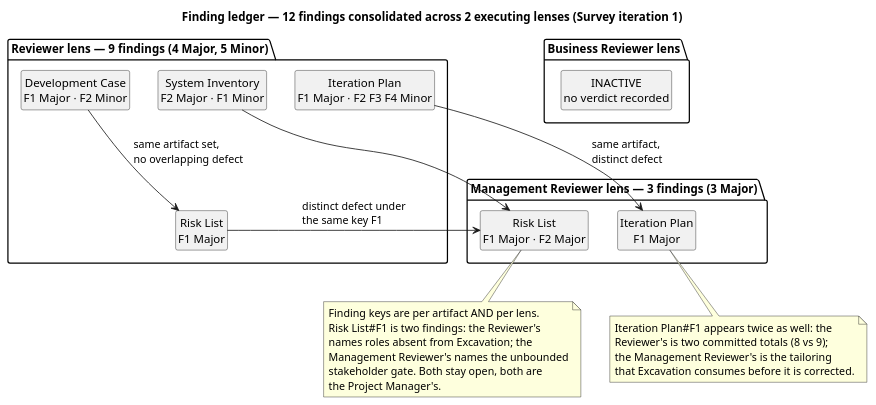
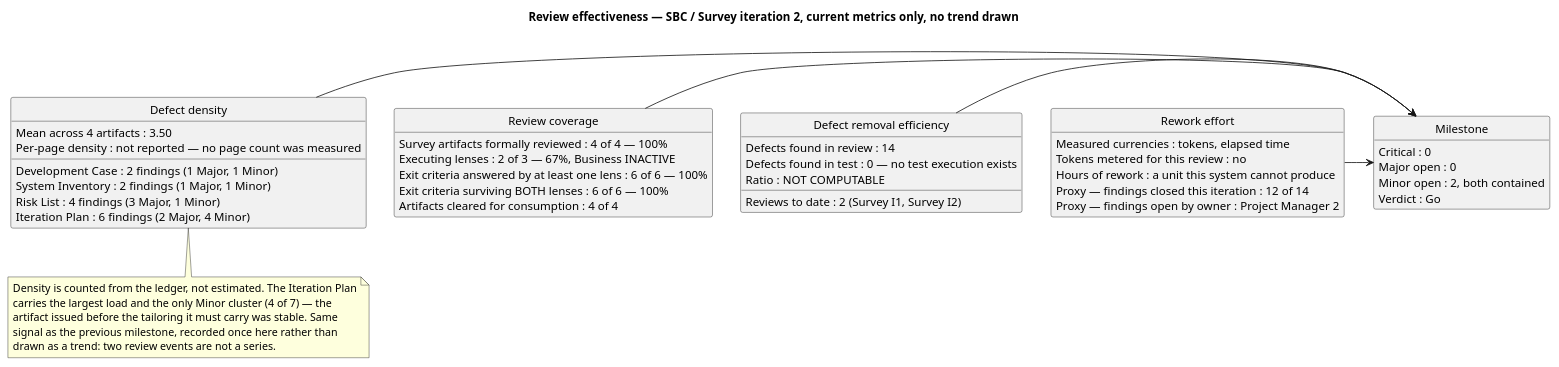
Before and after one commit to banense-test/TodoApp: the seventh of 14 diagrams in docs/artifacts/project-management/review-record.md, drawn with PlantUML. The commit also changed other lines of this file, not shown here.

First line of the commit message:
Review Coordinator [Survey2]: upsert Review Record

````diff
--- a/docs/artifacts/project-management/review-record.md
+++ b/docs/artifacts/project-management/review-record.md
@@ -513,44 +541,58 @@
 ```plantuml
 @startuml
-title Finding ledger — 12 findings consolidated across 2 executing lenses (Survey iteration 1)
+title Review effectiveness — SBC / Survey iteration 2, current metrics only, no trend drawn
 skinparam shadowing false
 skinparam defaultTextAlignment left
 skinparam classAttributeIconSize 0
 hide empty members
 hide circle
 
-package "Reviewer lens — 9 findings (4 Major, 5 Minor)" {
-  class "Development Case\nF1 Major · F2 Minor" as DC
-  class "System Inventory\nF2 Major · F1 Minor" as SI
-  class "Risk List\nF1 Major" as RL
-  class "Iteration Plan\nF1 Major · F2 F3 F4 Minor" as IP
+class "Defect density" as DD {
+  Development Case : 2 findings (1 Major, 1 Minor)
+  System Inventory : 2 findings (1 Major, 1 Minor)
+  Risk List : 4 findings (3 Major, 1 Minor)
+  Iteration Plan : 6 findings (2 Major, 4 Minor)
+  Mean across 4 artifacts : 3.50
+  Per-page density : not reported — no page count was measured
 }
-package "Management Reviewer lens — 3 findings (3 Major)" {
-  class "Risk List\nF1 Major · F2 Major" as MRL
-  class "Iteration Plan\nF1 Major" as MIP
+class "Review coverage" as RC {
+  Survey artifacts formally reviewed : 4 of 4 — 100%
+  Executing lenses : 2 of 3 — 67%, Business INACTIVE
+  Exit criteria answered by at least one lens : 6 of 6 — 100%
+  Exit criteria surviving BOTH lenses : 6 of 6 — 100%
+  Artifacts cleared for consumption : 4 of 4
 }
-package "Business Reviewer lens" {
-  class "INACTIVE\nno verdict recorded" as BR
+class "Defect removal efficiency" as DRE {
+  Reviews to date : 2 (Survey I1, Survey I2)
+  Defects found in review : 14
+  Defects found in test : 0 — no test execution exists
+  Ratio : NOT COMPUTABLE
+}
+class "Rework effort" as RE {
+  Measured currencies : tokens, elapsed time
+  Tokens metered for this review : no
+  Hours of rework : a unit this system cannot produce
+  Proxy — findings closed this iteration : 12 of 14
+  Proxy — findings open by owner : Project Manager 2
+}
+class "Milestone" as M {
+  Critical : 0
+  Major open : 0
+  Minor open : 2, both contained
+  Verdict : Go
 }
 
-DC --> RL : same artifact set,\nno overlapping defect
-SI -right-> MRL
-RL -right-> MRL : distinct defect under\nthe same key F1
-IP --> MIP : same artifact,\ndistinct defect
+DD -right-> M
+RC -right-> M
+DRE -right-> M
+RE -right-> M
 
-note bottom of MRL
-  Finding keys are per artifact AND per lens.
-  Risk List#F1 is two findings: the Reviewer's
-  names roles absent from Excavation; the
-  Management Reviewer's names the unbounded
-  stakeholder gate. Both stay open, both are
-  the Project Manager's.
-end note
-note bottom of MIP
-  Iteration Plan#F1 appears twice as well: the
-  Reviewer's is two committed totals (8 vs 9);
-  the Management Reviewer's is the tailoring
-  that Excavation consumes before it is corrected.
+note bottom of DD
+  Density is counted from the ledger, not estimated. The Iteration Plan
+  carries the largest load and the only Minor cluster (4 of 7) — the
+  artifact issued before the tailoring it must carry was stable. Same
+  signal as the previous milestone, recorded once here rather than
+  drawn as a trend: two review events are not a series.
 end note
 @enduml
 ```
````
